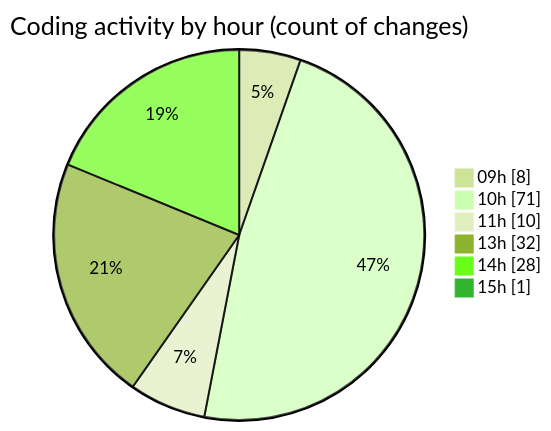
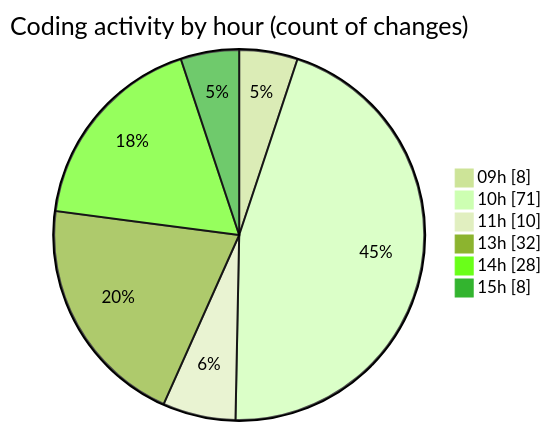
Before and after one commit to CELIANVF/code-tracking: the second of 2 diagrams in 2025-06-03/ecodeli-1/README.md, drawn with Mermaid (forest theme). The commit also changed other lines of this file and 1 other file, not shown here.

````diff
--- a/2025-06-03/ecodeli-1/README.md
+++ b/2025-06-03/ecodeli-1/README.md
@@ -74,10 +76,10 @@
 ```mermaid
 pie showData
 title Coding activity by hour (count of changes)
 "09h" : 8
 "10h" : 71
 "11h" : 10
 "13h" : 32
 "14h" : 28
-"15h" : 1
+"15h" : 8
 ```
````
